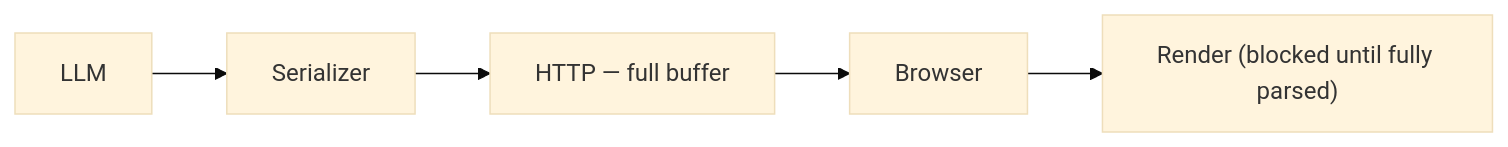
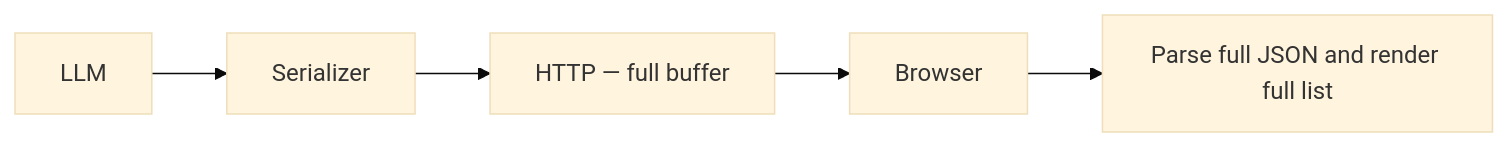
Before and after one commit to Hrithikesh-Computer/production-agentic-ai: the second of 5 diagrams in 03-production-lessons/01-adaptive-response-delivery.md, drawn with Mermaid (base theme). The commit also changed other lines of this file and 18 other files, not shown here.

````diff
--- a/03-production-lessons/01-adaptive-response-delivery.md
+++ b/03-production-lessons/01-adaptive-response-delivery.md
@@ -252,7 +226,7 @@
 ```mermaid
 flowchart LR
     LLM --> Serializer1[Serializer]
     Serializer1 --> HTTP1[HTTP — full buffer]
     HTTP1 --> Browser1[Browser]
-    Browser1 --> Render1["Render (blocked until fully parsed)"]
+    Browser1 --> Render1["Parse full JSON and render full list"]
 ```
````
